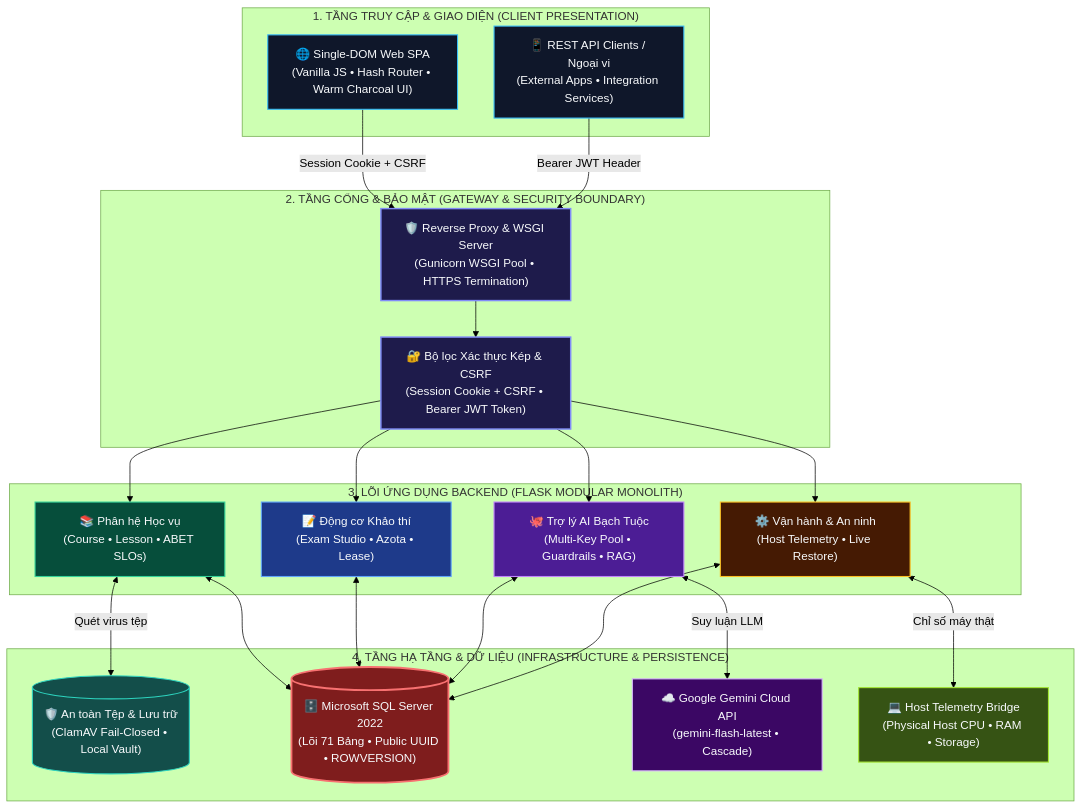
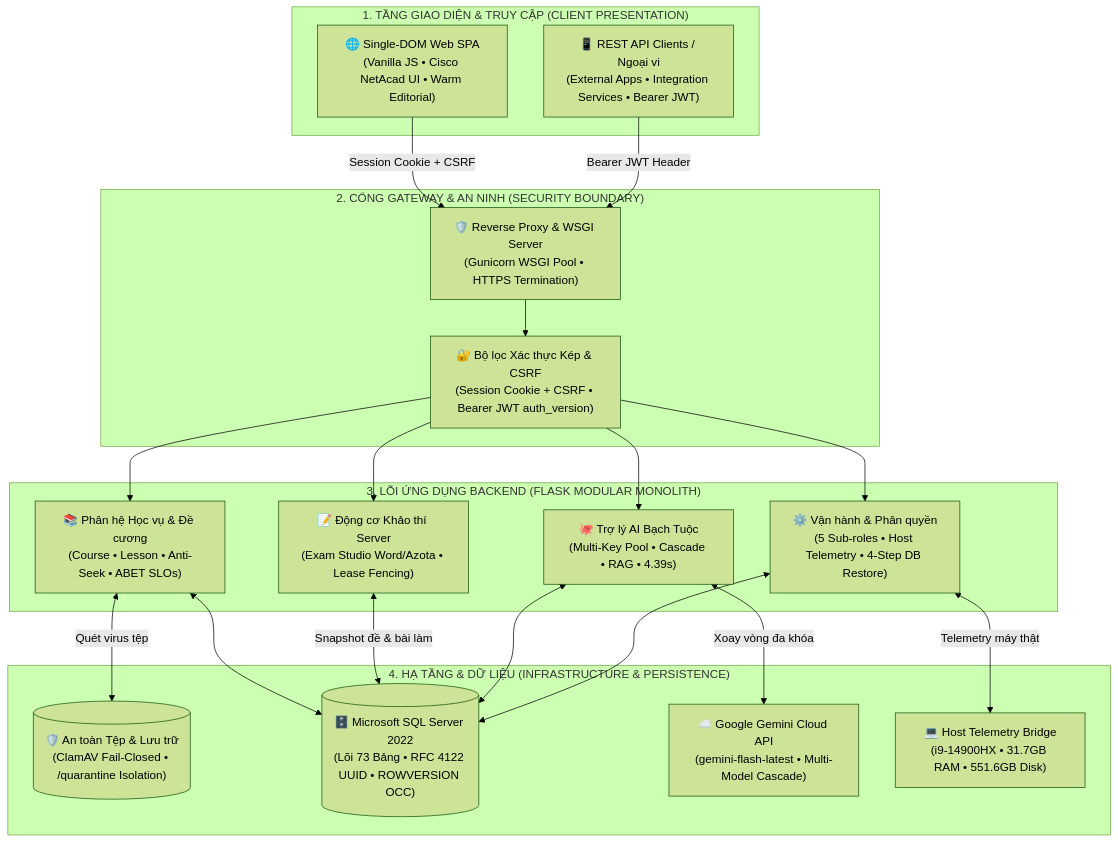
One commit to concatapchay123/PWD301 changed the first of 4 diagrams in README.md. Above: the diagram before and after it, drawn with Mermaid (forest theme). The commit also changed other lines of this file and 59 other files, not shown here.

Commit message:
feat(task-078): decommission standalone question bank, optimize role navigation and add workflow architecture diagrams

````diff
--- a/README.md
+++ b/README.md
@@ -41,73 +44,47 @@
 ```mermaid
 flowchart TD
-    %% TẦNG 1: TRUY CẬP (CLIENT TIER)
-    subgraph TierClient ["  1. TẦNG TRUY CẬP & GIAO DIỆN (CLIENT PRESENTATION)  "]
-        SPA["🌐 Single-DOM Web SPA\n(Vanilla JS • Hash Router • Warm Charcoal UI)"]
-        API_CLIENT["📱 REST API Clients / Ngoại vi\n(External Apps • Integration Services)"]
+    %% TẦNG 1: GIAO DIỆN CLIENT
+    subgraph TierClient ["  1. TẦNG GIAO DIỆN & TRUY CẬP (CLIENT PRESENTATION)  "]
+        SPA["🌐 Single-DOM Web SPA\n(Vanilla JS • Cisco NetAcad UI • Warm Editorial)"]
+        API_CLIENT["📱 REST API Clients / Ngoại vi\n(External Apps • Integration Services • Bearer JWT)"]
     end
 
-    %% TẦNG 2: CỔNG & AN NINH (GATEWAY TIER)
-    subgraph TierGateway ["  2. TẦNG CỔNG & BẢO MẬT (GATEWAY & SECURITY BOUNDARY)  "]
+    %% TẦNG 2: CỔNG & AN NINH
+    subgraph TierGateway ["  2. CỔNG GATEWAY & AN NINH (SECURITY BOUNDARY)  "]
         PROXY["🛡️ Reverse Proxy & WSGI Server\n(Gunicorn WSGI Pool • HTTPS Termination)"]
-        AUTH_GATE["🔐 Bộ lọc Xác thực Kép & CSRF\n(Session Cookie + CSRF • Bearer JWT Token)"]
+        AUTH_GATE["🔐 Bộ lọc Xác thực Kép & CSRF\n(Session Cookie + CSRF • Bearer JWT auth_version)"]
     end
 
-    %% TẦNG 3: LÕI BACKEND (APPLICATION SERVICES TIER)
+    %% TẦNG 3: LÕI BACKEND MODULAR MONOLITH
     subgraph TierBackend ["  3. LÕI ỨNG DỤNG BACKEND (FLASK MODULAR MONOLITH)  "]
-        SVC_LMS["📚 Phân hệ Học vụ\n(Course • Lesson • ABET SLOs)"]
-        SVC_EXAM["📝 Động cơ Khảo thí\n(Exam Studio • Azota • Lease)"]
-        SVC_AI["🐙 Trợ lý AI Bạch Tuộc\n(Multi-Key Pool • Guardrails • RAG)"]
-        SVC_OPS["⚙️ Vận hành & An ninh\n(Host Telemetry • Live Restore)"]
+        SVC_LMS["📚 Phân hệ Học vụ & Đề cương\n(Course • Lesson • Anti-Seek • ABET SLOs)"]
+        SVC_EXAM["📝 Động cơ Khảo thí Server\n(Exam Studio Word/Azota • Lease Fencing)"]
+        SVC_AI["🐙 Trợ lý AI Bạch Tuộc\n(Multi-Key Pool • Cascade • RAG • 4.39s)"]
+        SVC_OPS["⚙️ Vận hành & Phân quyền\n(5 Sub-roles • Host Telemetry • 4-Step DB Restore)"]
     end
 
-    %% TẦNG 4: HẠ TẦNG & DỮ LIỆU CHUẨN (INFRASTRUCTURE & PERSISTENCE)
-    subgraph TierInfra ["  4. TẦNG HẠ TẦNG & DỮ LIỆU (INFRASTRUCTURE & PERSISTENCE)  "]
-        STORE_FILE[("🛡️ An toàn Tệp & Lưu trữ\n(ClamAV Fail-Closed • Local Vault)")]
-        STORE_DB[("🗄️ Microsoft SQL Server 2022\n(Lõi 71 Bảng • Public UUID • ROWVERSION)")]
-        STORE_AI["☁️ Google Gemini Cloud API\n(gemini-flash-latest • Cascade)"]
-        STORE_HOST["💻 Host Telemetry Bridge\n(Physical Host CPU • RAM • Storage)"]
+    %% TẦNG 4: HẠ TẦNG & DỮ LIỆU CHUẨN
+    subgraph TierInfra ["  4. HẠ TẦNG & DỮ LIỆU (INFRASTRUCTURE & PERSISTENCE)  "]
+        STORE_FILE[("🛡️ An toàn Tệp & Lưu trữ\n(ClamAV Fail-Closed • /quarantine Isolation)")]
+        STORE_DB[("🗄️ Microsoft SQL Server 2022\n(Lõi 73 Bảng • RFC 4122 UUID • ROWVERSION OCC)")]
+        STORE_AI["☁️ Google Gemini Cloud API\n(gemini-flash-latest • Multi-Model Cascade)"]
+        STORE_HOST["💻 Host Telemetry Bridge\n(i9-14900HX • 31.7GB RAM • 551.6GB Disk)"]
     end
 
-    %% KẾT NỐI TẦNG 1 -> TẦNG 2
     SPA -->|Session Cookie + CSRF| PROXY
     API_CLIENT -->|Bearer JWT Header| PROXY
     PROXY --> AUTH_GATE
 
-    %% KẾT NỐI TẦNG 2 -> TẦNG 3
     AUTH_GATE --> SVC_LMS
     AUTH_GATE --> SVC_EXAM
     AUTH_GATE --> SVC_AI
     AUTH_GATE --> SVC_OPS
 
-    %% KẾT NỐI TẦNG 3 -> TẦNG 4 (ĐỐI XỨNG, THẲNG HÀNG, KHÔNG ĐAN CHÉO)
     SVC_LMS <-->|Quét virus tệp| STORE_FILE
     SVC_LMS <--> STORE_DB
-    SVC_EXAM <--> STORE_DB
+    SVC_EXAM <-->|Snapshot đề & bài làm| STORE_DB
     SVC_AI <--> STORE_DB
-    SVC_AI <-->|Suy luận LLM| STORE_AI
+    SVC_AI <-->|Xoay vòng đa khóa| STORE_AI
     SVC_OPS <--> STORE_DB
-    SVC_OPS <-->|Chỉ số máy thật| STORE_HOST
-
-    %% ĐỊNH NGHĨA PHONG CÁCH MÀU SẮC ĐỒNG BỘ
-    classDef clientNode fill:#0f172a,stroke:#38bdf8,stroke-width:1.5px,color:#f8fafc;
-    classDef gatewayNode fill:#1e1b4b,stroke:#818cf8,stroke-width:2px,color:#f8fafc;
-    classDef lmsNode fill:#064e3b,stroke:#34d399,stroke-width:1.5px,color:#f8fafc;
-    classDef examNode fill:#1e3a8a,stroke:#60a5fa,stroke-width:1.5px,color:#f8fafc;
-    classDef opsNode fill:#451a03,stroke:#fbbf24,stroke-width:1.5px,color:#f8fafc;
-    classDef aiNode fill:#4c1d95,stroke:#c084fc,stroke-width:1.5px,color:#f8fafc;
-    classDef dbNode fill:#7f1d1d,stroke:#f87171,stroke-width:2.5px,color:#f8fafc;
-    classDef storageNode fill:#134e4a,stroke:#2dd4bf,stroke-width:1.5px,color:#f8fafc;
-    classDef hostNode fill:#365314,stroke:#a3e635,stroke-width:1.5px,color:#f8fafc;
-    classDef cloudNode fill:#3b0764,stroke:#d8b4fe,stroke-width:1.5px,color:#f8fafc;
-
-    class SPA,API_CLIENT clientNode;
-    class PROXY,AUTH_GATE gatewayNode;
-    class SVC_LMS lmsNode;
-    class SVC_EXAM examNode;
-    class SVC_OPS opsNode;
-    class SVC_AI aiNode;
-    class STORE_DB dbNode;
-    class STORE_FILE storageNode;
-    class STORE_HOST hostNode;
-    class STORE_AI cloudNode;
+    SVC_OPS <-->|Telemetry máy thật| STORE_HOST
 ```
````
